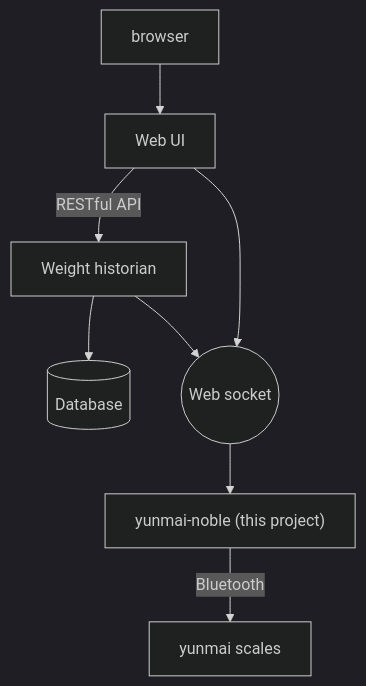
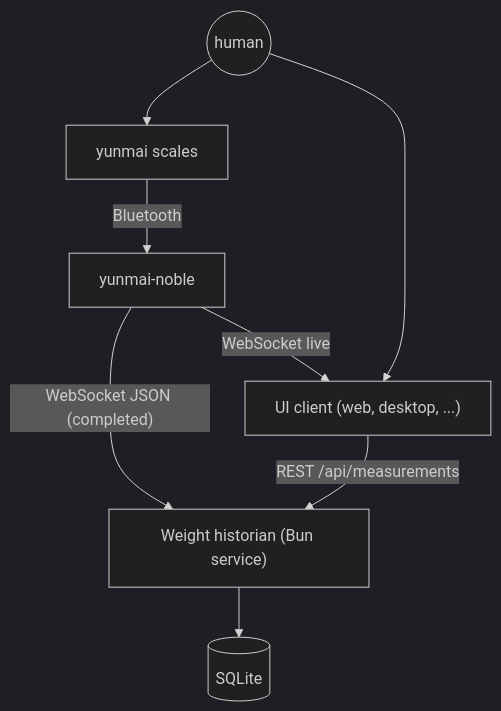
The diagram in README.md (Vanuan/yunmai-noble), drawn with Mermaid (dark theme) before and after one commit. The commit also changed other lines of this file and 29 other files, not shown here.

````diff
--- a/README.md
+++ b/README.md
@@ -7,13 +7,12 @@
 ```mermaid
 flowchart TD
-    browser["browser"] --> webui["Web UI"]
+    human(("human")) --> scales["yunmai scales"]
+    human --> client["UI client (web, desktop, ...)"]
 
-    webui -->|"RESTful API"| historian["Weight historian"]
-    historian --> database[("Database")]
+    scales -->|"Bluetooth"| node["yunmai-noble"]
+    node -->|"WebSocket JSON (completed)"| historian["Weight historian (Bun service)"]
+    historian --> db[("SQLite")]
 
-    webui --> ws(("Web socket"))
-    historian --> ws
-    ws --> node["yunmai-noble (this project)"]
-
-    node -->|"Bluetooth"| scales["yunmai scales"]
+    client -->|"REST /api/measurements"| historian
+    node -->|"WebSocket live"| client
 ```
````
